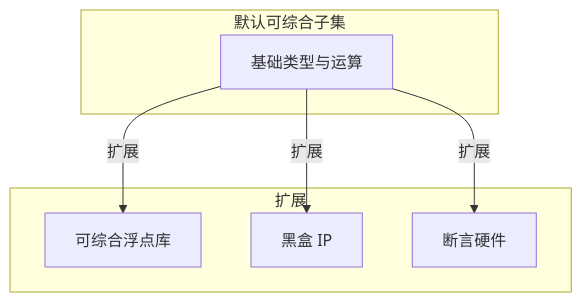
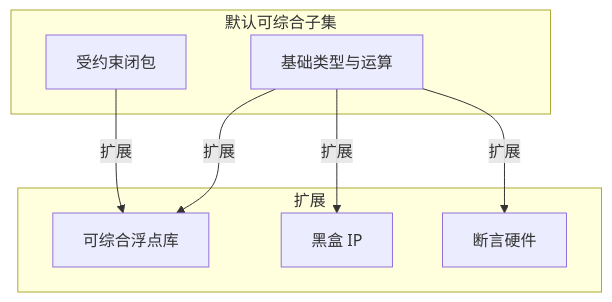
Before and after one commit to TangCan/bitloom: the ninth of 10 diagrams in docs/requirements/15. 可综合子集与限制.md, drawn with Mermaid. The commit also changed other lines of this file and 17 other files, not shown here.

````diff
--- a/docs/requirements/15. 可综合子集与限制.md
+++ b/docs/requirements/15. 可综合子集与限制.md
@@ -288,15 +329,16 @@
 ```mermaid
 flowchart TB
     subgraph 默认可综合子集
         A[基础类型与运算]
+        B[受约束闭包]
     end
     subgraph 扩展
-        B[可综合浮点库]
-        C[黑盒 IP]
-        D[断言硬件]
+        C[可综合浮点库]
+        D[黑盒 IP]
+        E[断言硬件]
     end
-    A -->|扩展| B
     A -->|扩展| C
     A -->|扩展| D
-
+    A -->|扩展| E
+    B -->|扩展| C
 ```
````
